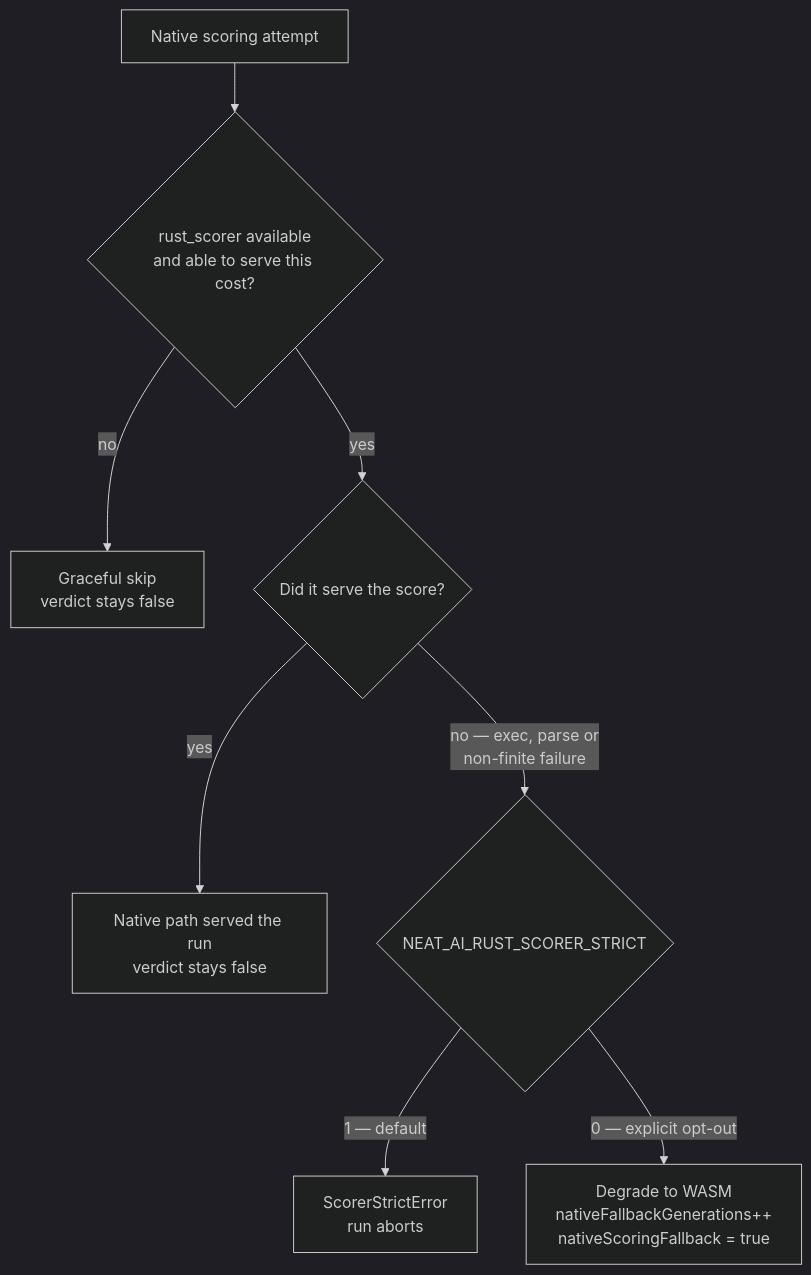
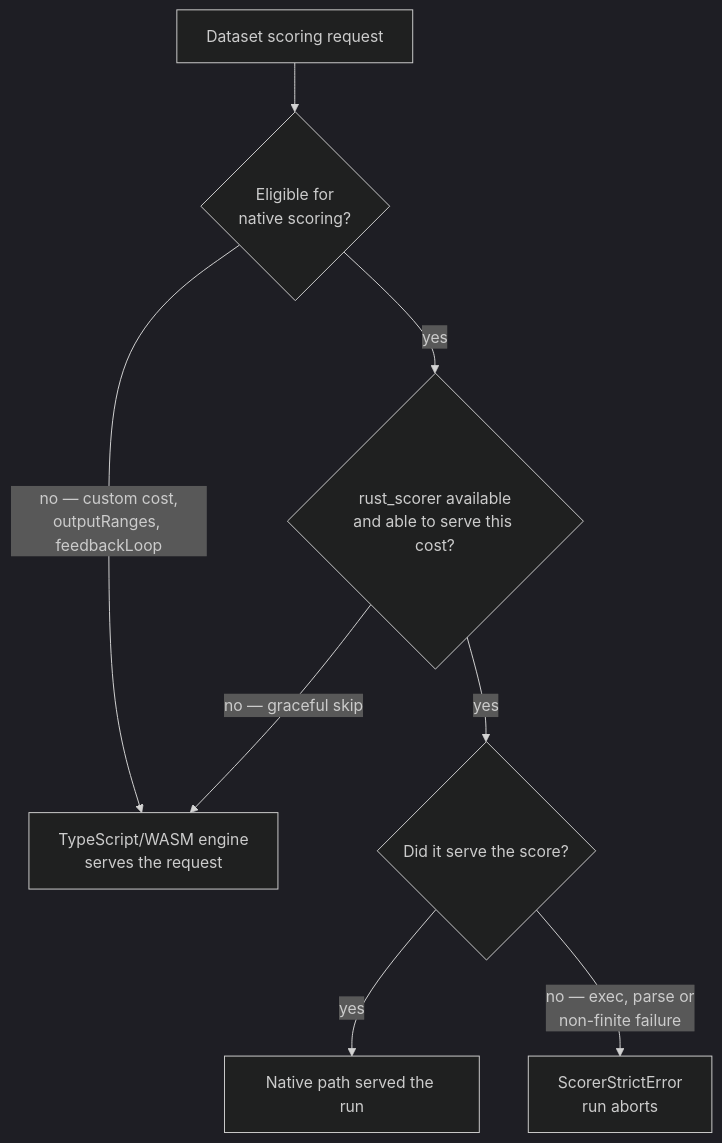
One commit to stSoftwareAU/NEAT-AI changed the sixth of 7 diagrams in docs/event-driven-evolution.md. Above: the diagram before and after it, drawn with Mermaid (dark theme). The commit also changed other lines of this file and 5 other files, not shown here.

````diff
--- a/docs/event-driven-evolution.md
+++ b/docs/event-driven-evolution.md
@@ -645,10 +634,10 @@
 ```mermaid
 flowchart TD
-    S[Native scoring attempt] --> A{rust_scorer available<br/>and able to serve this cost?}
-    A -->|no| SKIP[Graceful skip<br/>verdict stays false]
+    S[Dataset scoring request] --> E{Eligible for<br/>native scoring?}
+    E -->|"no — custom cost,<br/>outputRanges, feedbackLoop"| TS[TypeScript/WASM engine<br/>serves the request]
+    E -->|yes| A{rust_scorer available<br/>and able to serve this cost?}
+    A -->|no — graceful skip| TS
     A -->|yes| R{Did it serve the score?}
-    R -->|yes| OK[Native path served the run<br/>verdict stays false]
-    R -->|no — exec, parse or<br/>non-finite failure| ST{NEAT_AI_RUST_SCORER_STRICT}
-    ST -->|1 — default| THROW[ScorerStrictError<br/>run aborts]
-    ST -->|0 — explicit opt-out| DEG[Degrade to WASM<br/>nativeFallbackGenerations++<br/>nativeScoringFallback = true]
+    R -->|yes| OK[Native path served the run]
+    R -->|no — exec, parse or<br/>non-finite failure| THROW[ScorerStrictError<br/>run aborts]
 ```
````
